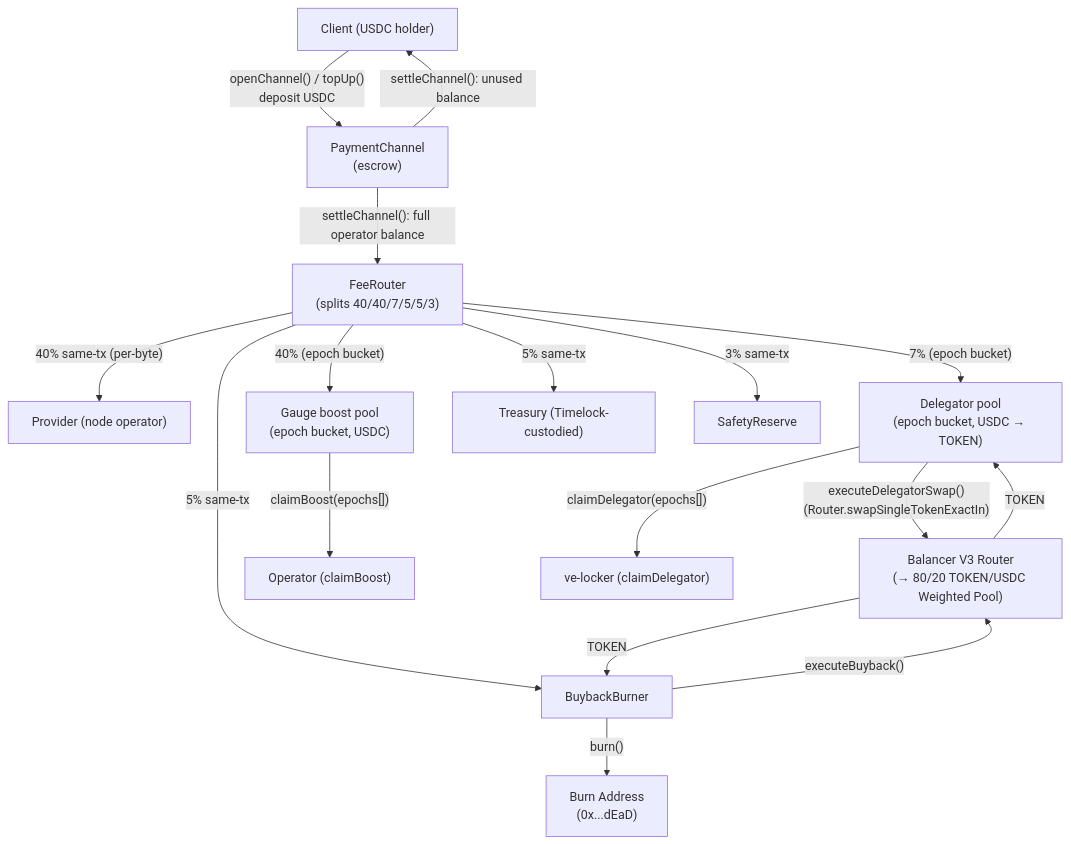
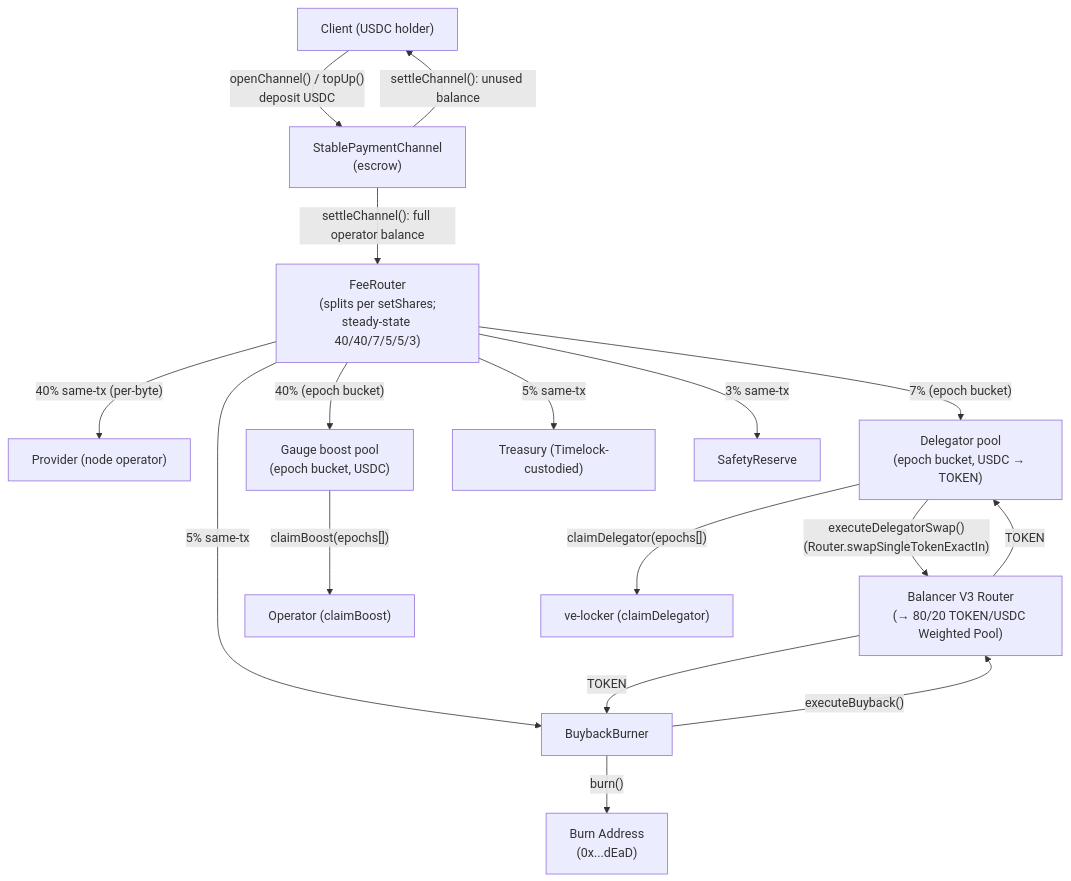
Before and after one commit to decdn/decdn: the fourth of 5 diagrams in adr/016-contract-interactions.md, drawn with Mermaid. The commit also changed other lines of this file and 5 other files, not shown here.

````diff
--- a/adr/016-contract-interactions.md
+++ b/adr/016-contract-interactions.md
@@ -355,33 +385,33 @@
 ```mermaid
 flowchart TD
     Client["Client (USDC holder)"]
-    PC["PaymentChannel<br/>(escrow)"]
-    FR["FeeRouter<br/>(splits 40/40/7/5/5/3)"]
+    PC["StablePaymentChannel<br/>(escrow)"]
+    FR["FeeRouter<br/>(splits per setShares;<br/>steady-state 40/40/7/5/5/3)"]
     Provider["Provider (node operator)"]
     GAUGE["Gauge boost pool<br/>(epoch bucket, USDC)"]
     DELE["Delegator pool<br/>(epoch bucket, USDC → TOKEN)"]
     Treasury["Treasury (Timelock-custodied)"]
     SAFE["SafetyReserve"]
     BB["BuybackBurner"]
     BAL["Balancer V3 Router<br/>(→ 80/20 TOKEN/USDC Weighted Pool)"]
     BURN["Burn Address<br/>(0x...dEaD)"]
     OpClaim["Operator (claimBoost)"]
     LockerClaim["ve-locker (claimDelegator)"]
 
     Client -->|"openChannel() / topUp()<br/>deposit USDC"| PC
     PC -->|"settleChannel(): full operator balance"| FR
     PC -->|"settleChannel(): unused balance"| Client
     FR -->|"40% same-tx (per-byte)"| Provider
     FR -->|"40% (epoch bucket)"| GAUGE
     FR -->|"7% (epoch bucket)"| DELE
     FR -->|"5% same-tx"| BB
     FR -->|"5% same-tx"| Treasury
     FR -->|"3% same-tx"| SAFE
     DELE -->|"executeDelegatorSwap()<br/>(Router.swapSingleTokenExactIn)"| BAL
     BAL -->|"TOKEN"| DELE
     BB -->|"executeBuyback()"| BAL
     BAL -->|"TOKEN"| BB
     BB -->|"burn()"| BURN
     GAUGE -->|"claimBoost(epochs[])"| OpClaim
     DELE -->|"claimDelegator(epochs[])"| LockerClaim
 ```
````
